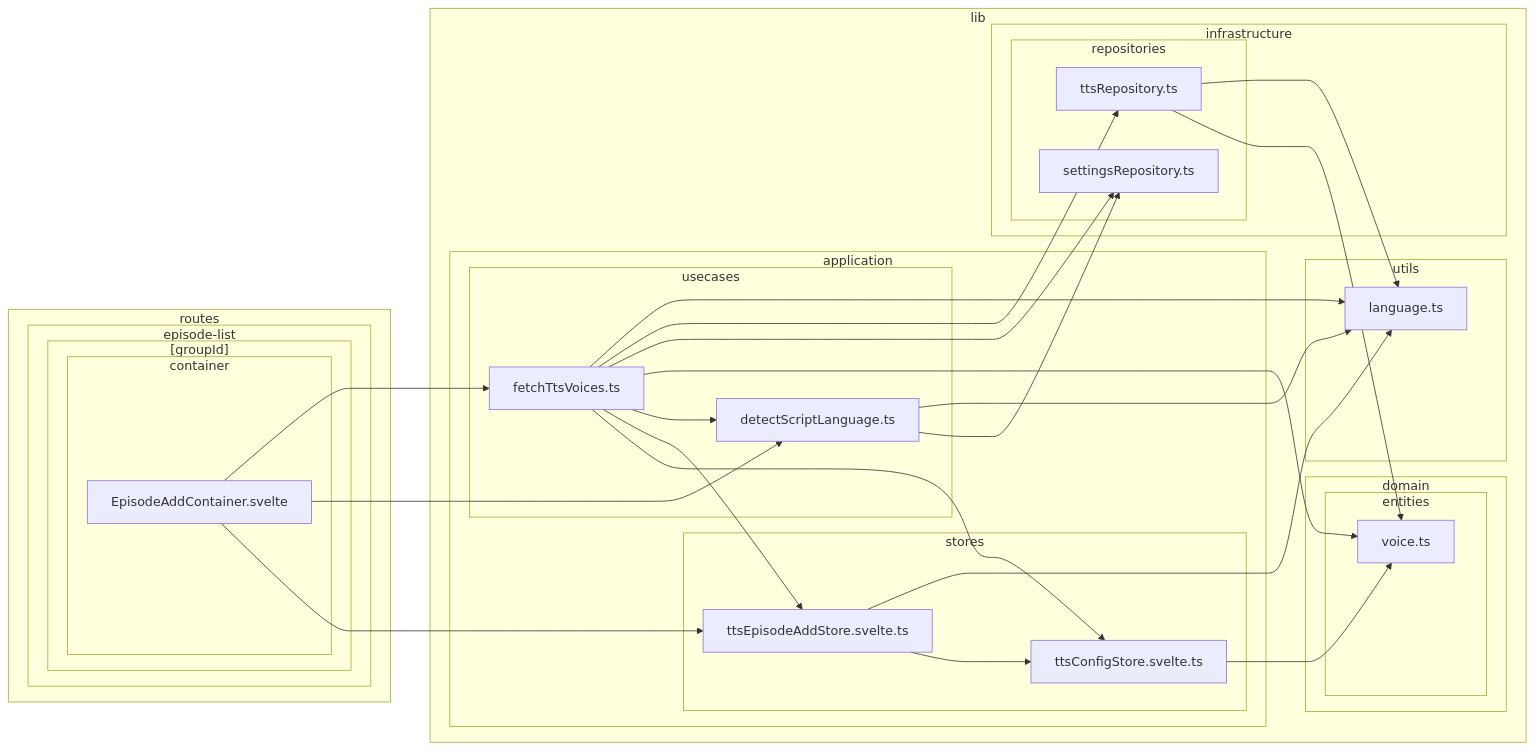
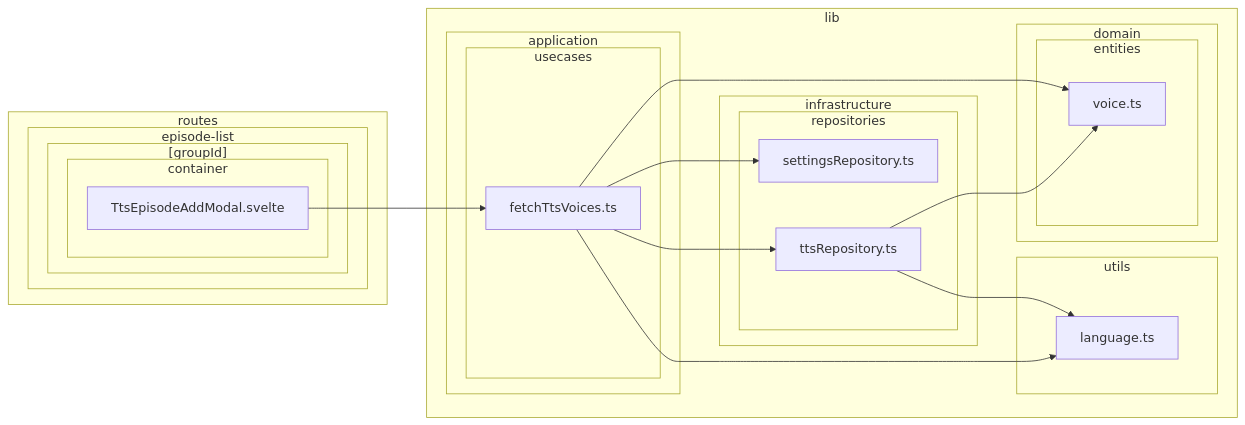
Before and after one commit to k5n/kotonoha: diagram 21 of 38 in doc/dependency-graph.md, drawn with Mermaid. The commit also changed other lines of this file and 1 other file, not shown here.

Commit message:
refactor: Exclude i18n store from presentation layer dependency graphs to reduce noise

````diff
--- a/doc/dependency-graph.md
+++ b/doc/dependency-graph.md
@@ -963,55 +924,40 @@
 ```mermaid
 graph LR
         subgraph sg_lib ["lib"]
             subgraph sg_lib_application ["application"]
-                subgraph sg_lib_application_stores ["stores"]
-                    src_lib_application_stores_ttsConfigStore_svelte_ts["ttsConfigStore.svelte.ts"]
-                    src_lib_application_stores_ttsEpisodeAddStore_svelte_ts["ttsEpisodeAddStore.svelte.ts"]
-                end
                 subgraph sg_lib_application_usecases ["usecases"]
-                    src_lib_application_usecases_detectScriptLanguage_ts["detectScriptLanguage.ts"]
                     src_lib_application_usecases_fetchTtsVoices_ts["fetchTtsVoices.ts"]
                 end
             end
             subgraph sg_lib_domain ["domain"]
                 subgraph sg_lib_domain_entities ["entities"]
                     src_lib_domain_entities_voice_ts["voice.ts"]
                 end
             end
             subgraph sg_lib_infrastructure ["infrastructure"]
                 subgraph sg_lib_infrastructure_repositories ["repositories"]
                     src_lib_infrastructure_repositories_settingsRepository_ts["settingsRepository.ts"]
                     src_lib_infrastructure_repositories_ttsRepository_ts["ttsRepository.ts"]
                 end
             end
             subgraph sg_lib_utils ["utils"]
                 src_lib_utils_language_ts["language.ts"]
             end
         end
         subgraph sg_routes ["routes"]
             subgraph sg_routes_episode_list ["episode-list"]
                 subgraph sg_routes_episode_list__groupId_ ["[groupId]"]
                     subgraph sg_routes_episode_list__groupId__container ["container"]
-                        src_routes_episode_list__groupId__container_EpisodeAddContainer_svelte["EpisodeAddContainer.svelte"]
+                        src_routes_episode_list__groupId__container_TtsEpisodeAddModal_svelte["TtsEpisodeAddModal.svelte"]
                     end
                 end
             end
         end
-    src_lib_application_usecases_fetchTtsVoices_ts --> src_lib_application_stores_ttsConfigStore_svelte_ts
-    src_lib_application_usecases_fetchTtsVoices_ts --> src_lib_application_stores_ttsEpisodeAddStore_svelte_ts
-    src_lib_application_usecases_fetchTtsVoices_ts --> src_lib_application_usecases_detectScriptLanguage_ts
     src_lib_application_usecases_fetchTtsVoices_ts --> src_lib_domain_entities_voice_ts
     src_lib_application_usecases_fetchTtsVoices_ts --> src_lib_infrastructure_repositories_settingsRepository_ts
     src_lib_application_usecases_fetchTtsVoices_ts --> src_lib_infrastructure_repositories_ttsRepository_ts
     src_lib_application_usecases_fetchTtsVoices_ts --> src_lib_utils_language_ts
-    src_lib_application_stores_ttsConfigStore_svelte_ts --> src_lib_domain_entities_voice_ts
-    src_lib_application_stores_ttsEpisodeAddStore_svelte_ts --> src_lib_application_stores_ttsConfigStore_svelte_ts
-    src_lib_application_stores_ttsEpisodeAddStore_svelte_ts --> src_lib_utils_language_ts
     src_lib_infrastructure_repositories_ttsRepository_ts --> src_lib_domain_entities_voice_ts
     src_lib_infrastructure_repositories_ttsRepository_ts --> src_lib_utils_language_ts
-    src_lib_application_usecases_detectScriptLanguage_ts --> src_lib_infrastructure_repositories_settingsRepository_ts
-    src_lib_application_usecases_detectScriptLanguage_ts --> src_lib_utils_language_ts
-    src_routes_episode_list__groupId__container_EpisodeAddContainer_svelte --> src_lib_application_stores_ttsEpisodeAddStore_svelte_ts
-    src_routes_episode_list__groupId__container_EpisodeAddContainer_svelte --> src_lib_application_usecases_detectScriptLanguage_ts
-    src_routes_episode_list__groupId__container_EpisodeAddContainer_svelte --> src_lib_application_usecases_fetchTtsVoices_ts
+    src_routes_episode_list__groupId__container_TtsEpisodeAddModal_svelte --> src_lib_application_usecases_fetchTtsVoices_ts
 ```
````
